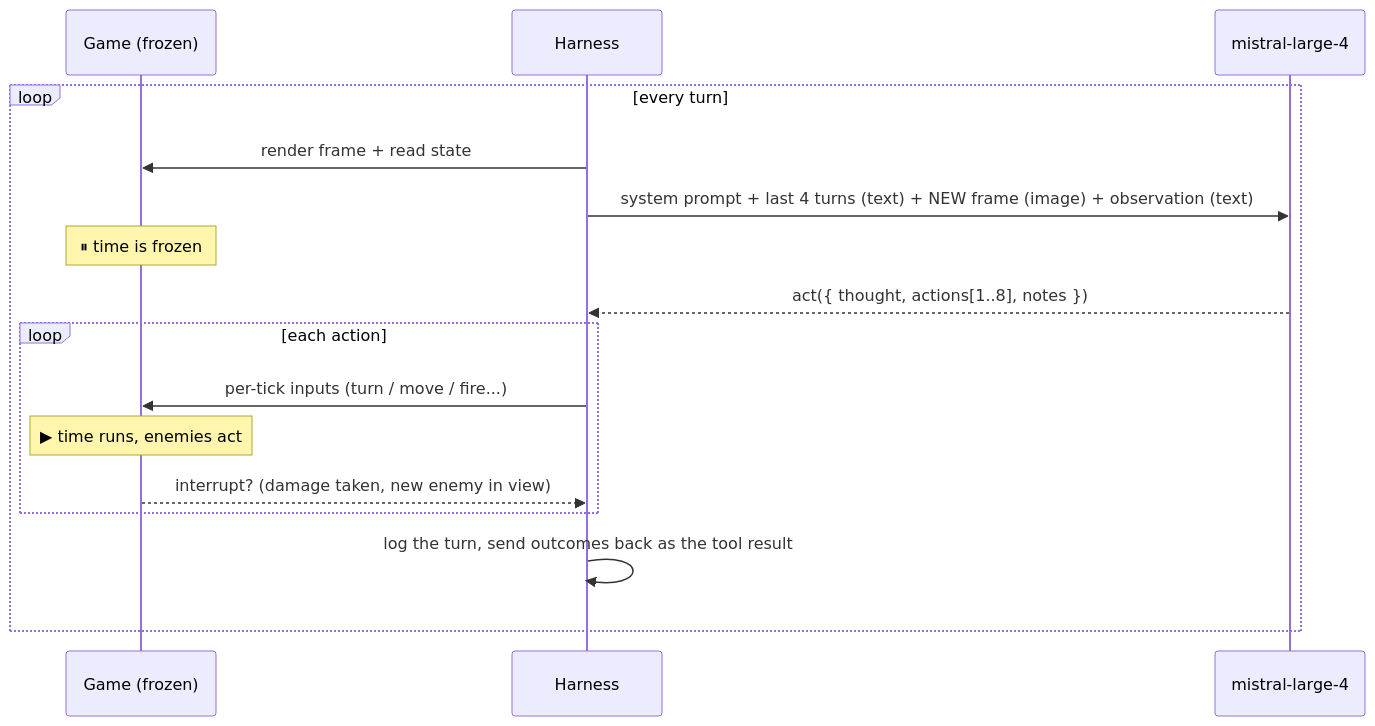
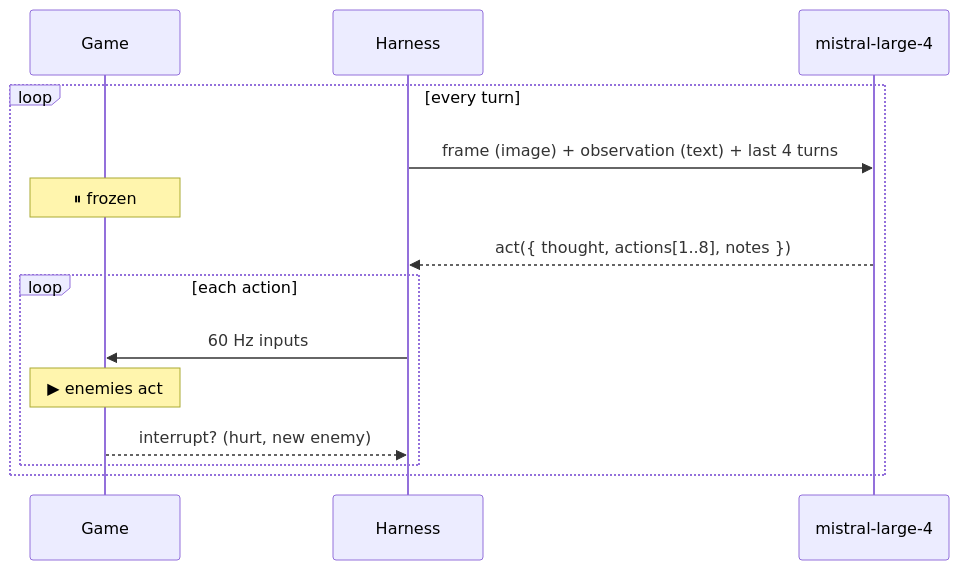
The diagram in README.md (goums/chonk-doom), drawn with Mermaid before and after one commit. The commit also changed other lines of this file and 42 other files, not shown here.

First line of the commit message:
Open-weight benchmark: 2 leagues, score/cost/speed charts, concise docs

````diff
--- a/README.md
+++ b/README.md
@@ -54,18 +34,16 @@
 ```mermaid
 sequenceDiagram
-    participant G as Game (frozen)
+    participant G as Game
     participant H as Harness
     participant M as mistral-large-4
     loop every turn
-        H->>G: render frame + read state
-        H->>M: system prompt + last 4 turns (text) + NEW frame (image) + observation (text)
-        Note over G: ⏸ time is frozen
+        H->>M: frame (image) + observation (text) + last 4 turns
+        Note over G: ⏸ frozen
         M-->>H: act({ thought, actions[1..8], notes })
         loop each action
-            H->>G: per-tick inputs (turn / move / fire...)
-            Note over G: ▶ time runs, enemies act
-            G-->>H: interrupt? (damage taken, new enemy in view)
+            H->>G: 60 Hz inputs
+            Note over G: ▶ enemies act
+            G-->>H: interrupt? (hurt, new enemy)
         end
-        H->>H: log the turn, send outcomes back as the tool result
     end
 ```
````
